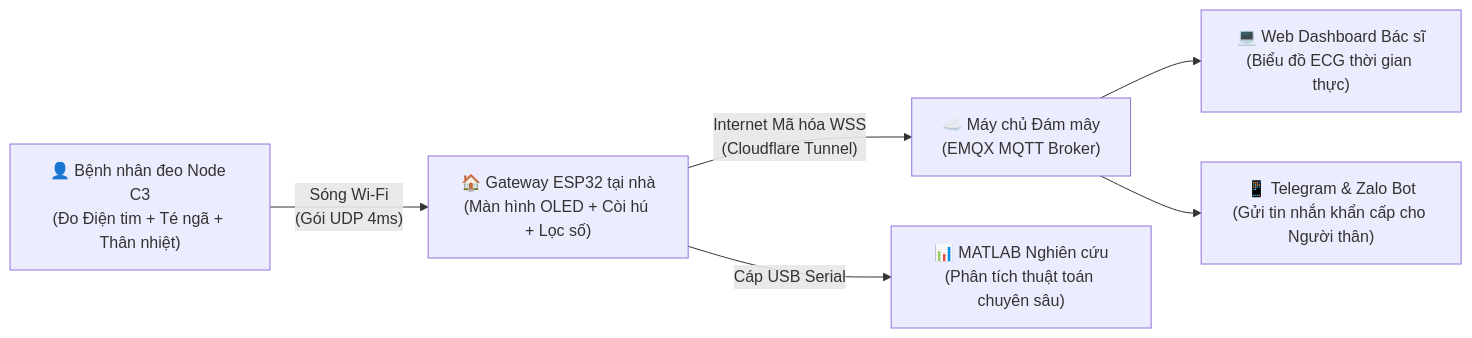
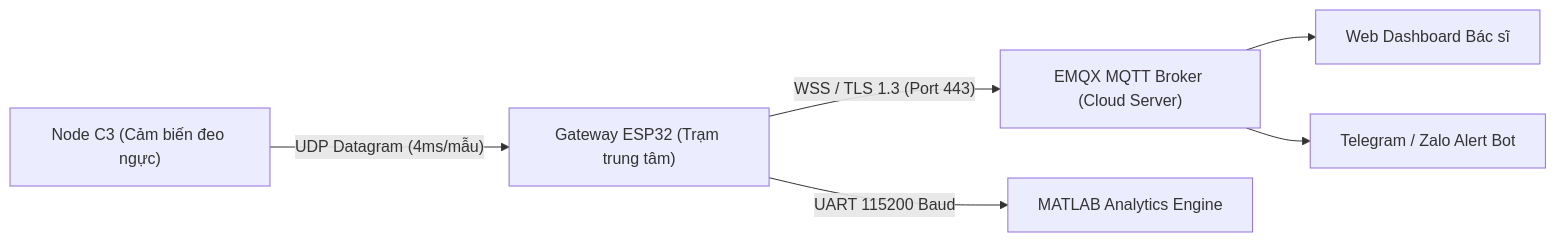
The first of 4 diagrams in SYSTEM_ARCHITECTURE.md (tsbyinchei/IoMT-ECG-FallDetection), drawn with Mermaid before and after one commit. The commit also changed other lines of this file and 2 other files, not shown here.

Commit message:
docs: overhaul SYSTEM_ARCHITECTURE.md with relative links, Let's Encrypt TLS details, and clean diagrams

````diff
--- a/SYSTEM_ARCHITECTURE.md
+++ b/SYSTEM_ARCHITECTURE.md
@@ -33,8 +38,8 @@
 ```mermaid
 flowchart LR
-    A["👤 Bệnh nhân đeo Node C3\n(Đo Điện tim + Té ngã + Thân nhiệt)"] -->|"Sóng Wi-Fi\n(Gói UDP 4ms)"| B["🏠 Gateway ESP32 tại nhà\n(Màn hình OLED + Còi hú + Lọc số)"]
-    B -->|"Internet Mã hóa WSS\n(Cloudflare Tunnel)"| C["☁️ Máy chủ Đám mây\n(EMQX MQTT Broker)"]
-    C --> D["💻 Web Dashboard Bác sĩ\n(Biểu đồ ECG thời gian thực)"]
-    C --> E["📱 Telegram & Zalo Bot\n(Gửi tin nhắn khẩn cấp cho Người thân)"]
-    B -->|"Cáp USB Serial"| F["📊 MATLAB Nghiên cứu\n(Phân tích thuật toán chuyên sâu)"]
+    A["Node C3 (Cảm biến đeo ngực)"] -->|"UDP Datagram (4ms/mẫu)"| B["Gateway ESP32 (Trạm trung tâm)"]
+    B -->|"WSS / TLS 1.3 (Port 443)"| C["EMQX MQTT Broker (Cloud Server)"]
+    C --> D["Web Dashboard Bác sĩ"]
+    C --> E["Telegram / Zalo Alert Bot"]
+    B -->|"UART 115200 Baud"| F["MATLAB Analytics Engine"]
 ```
````
